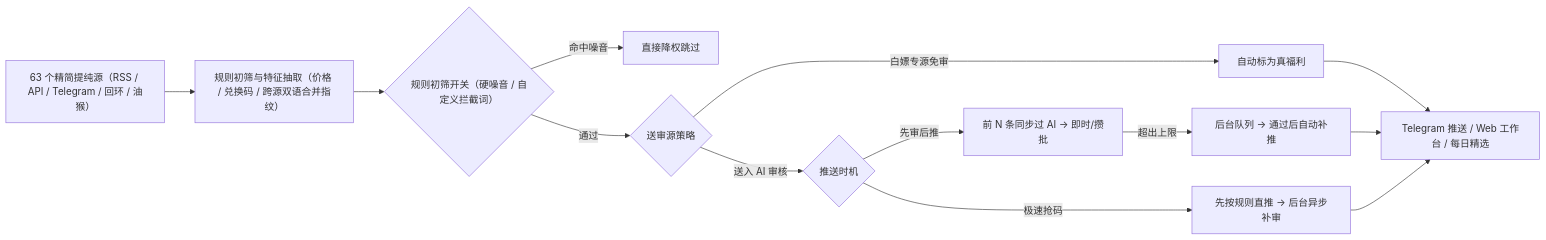
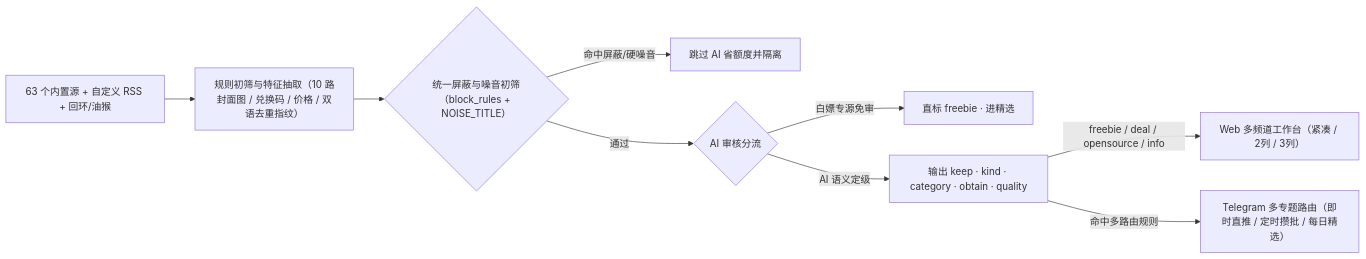
Before and after one commit to ZiChuanLan/freebie-radar: the diagram in README.md, drawn with Mermaid. The commit also changed other lines of this file and 7 other files, not shown here.

Commit message:
docs: 全面更新中英文 README、CHANGELOG 与最新界面截图（资源雷达多频道与多路由推送）

````diff
--- a/README.md
+++ b/README.md
@@ -58,15 +83,11 @@
 ```mermaid
 flowchart LR
-  S["63 个精简提纯源（RSS / API / Telegram / 回环 / 油猴）"] --> E["规则初筛与特征抽取（价格 / 兑换码 / 跨源双语合并指纹）"]
-  E --> F{"规则初筛开关（硬噪音 / 自定义拦截词）"}
-  F -->|命中噪音| D["直接降权跳过"]
-  F -->|通过| M{"送审源策略"}
-  M -->|白嫖专源免审| A1["自动标为真福利"]
-  M -->|送入 AI 审核| T{"推送时机"}
-  T -->|先审后推| Q1["前 N 条同步过 AI → 即时/攒批"]
-  Q1 -->|超出上限| Q2["后台队列 → 通过后自动补推"]
-  T -->|极速抢码| P1["先按规则直推 → 后台异步补审"]
-  A1 --> P2["Telegram 推送 / Web 工作台 / 每日精选"]
-  Q2 --> P2
-  P1 --> P2
+  S["63 个内置源 + 自定义 RSS + 回环/油猴"] --> E["规则初筛与特征抽取（10 路封面图 / 兑换码 / 价格 / 双语去重指纹）"]
+  E --> F{"统一屏蔽与噪音初筛（block_rules + NOISE_TITLE）"}
+  F -->|命中屏蔽/硬噪音| D["跳过 AI 省额度并隔离"]
+  F -->|通过| M{"AI 审核分流"}
+  M -->|白嫖专源免审| A1["直标 freebie · 进精选"]
+  M -->|AI 语义定级| Q["输出 keep · kind · category · obtain · quality"]
+  Q -->|freebie / deal / opensource / info| P["Web 多频道工作台（紧凑 / 2列 / 3列）"]
+  Q -->|命中多路由规则| R["Telegram 多专题路由（即时直推 / 定时攒批 / 每日精选）"]
 ```
````
